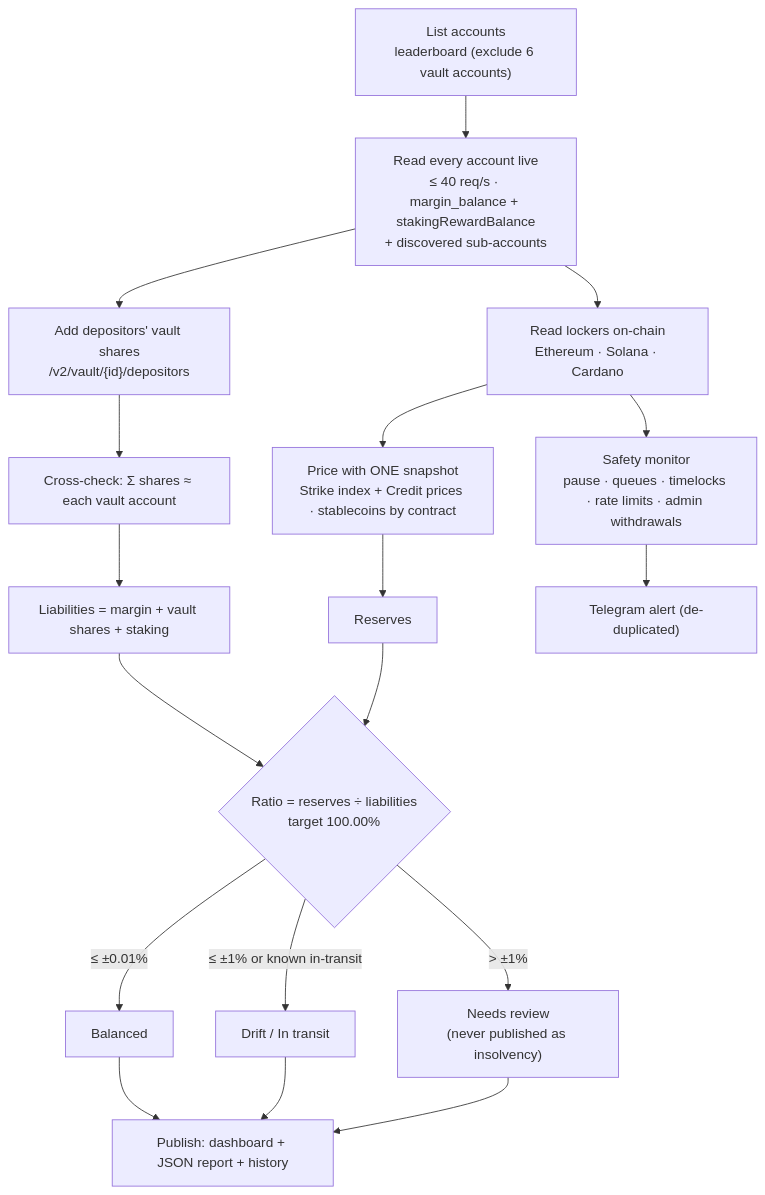
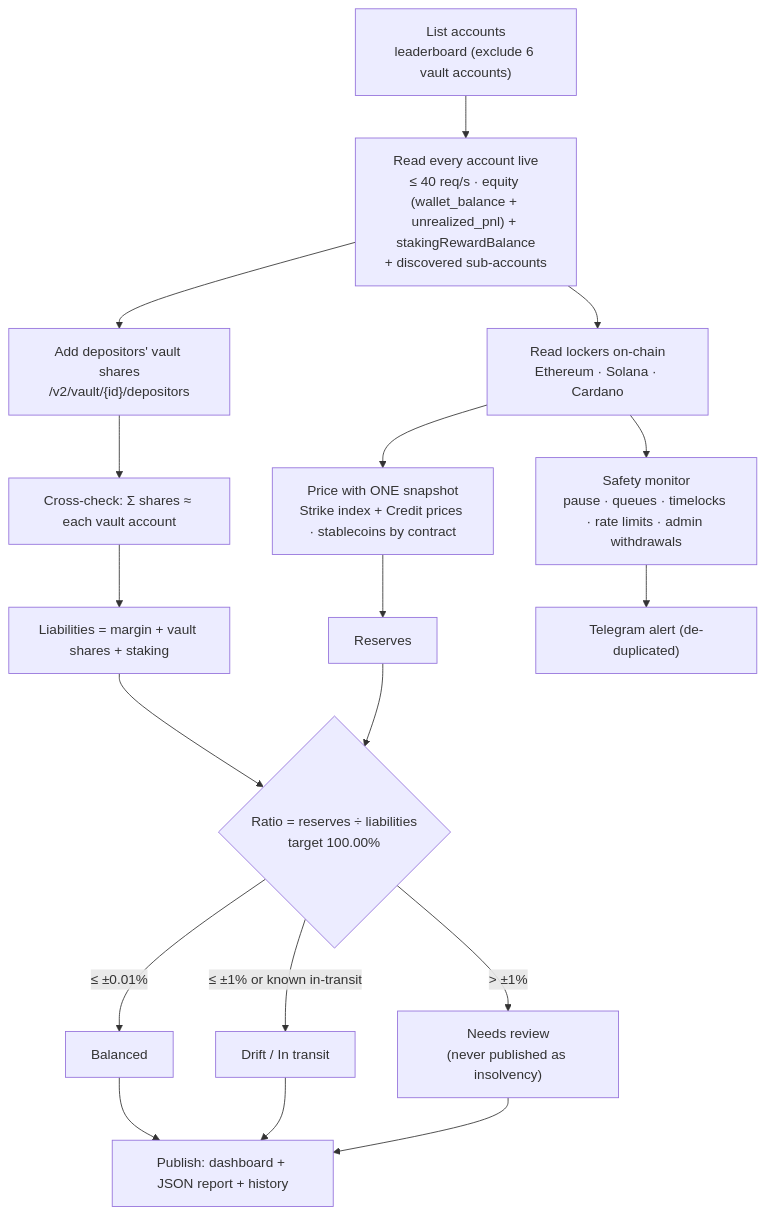
The second of 3 diagrams in README.md (Lakshmikanth-3/GapWise), drawn with Mermaid before and after one commit. The commit also changed other lines of this file and 14 other files, not shown here.

First line of the commit message:
Liabilities use account equity (wallet_balance + unrealized_pnl), founder-confirmed 23 Oct; under-review-with-Strike status

````diff
--- a/README.md
+++ b/README.md
@@ -74,17 +74,17 @@
 ```mermaid
 flowchart TD
-  A["List accounts<br/>leaderboard (exclude 6 vault accounts)"] --> B["Read every account live<br/>≤ 40 req/s · margin_balance + stakingRewardBalance<br/>+ discovered sub-accounts"]
+  A["List accounts<br/>leaderboard (exclude 6 vault accounts)"] --> B["Read every account live<br/>≤ 40 req/s · equity (wallet_balance + unrealized_pnl) + stakingRewardBalance<br/>+ discovered sub-accounts"]
   B --> C["Add depositors' vault shares<br/>/v2/vault/{id}/depositors"]
   C --> D["Cross-check: Σ shares ≈ each vault account"]
   B --> E["Read lockers on-chain<br/>Ethereum · Solana · Cardano"]
   E --> F["Price with ONE snapshot<br/>Strike index + Credit prices · stablecoins by contract"]
   D --> G["Liabilities = margin + vault shares + staking"]
   F --> H["Reserves"]
   G & H --> I{"Ratio = reserves ÷ liabilities<br/>target 100.00%"}
   I -->|"≤ ±0.01%"| J["Balanced"]
   I -->|"≤ ±1% or known in-transit"| K["Drift / In transit"]
   I -->|"> ±1%"| L["Needs review<br/>(never published as insolvency)"]
   J & K & L --> M["Publish: dashboard + JSON report + history"]
   E --> N["Safety monitor<br/>pause · queues · timelocks · rate limits · admin withdrawals"]
   N --> O["Telegram alert (de-duplicated)"]
 ```
````
